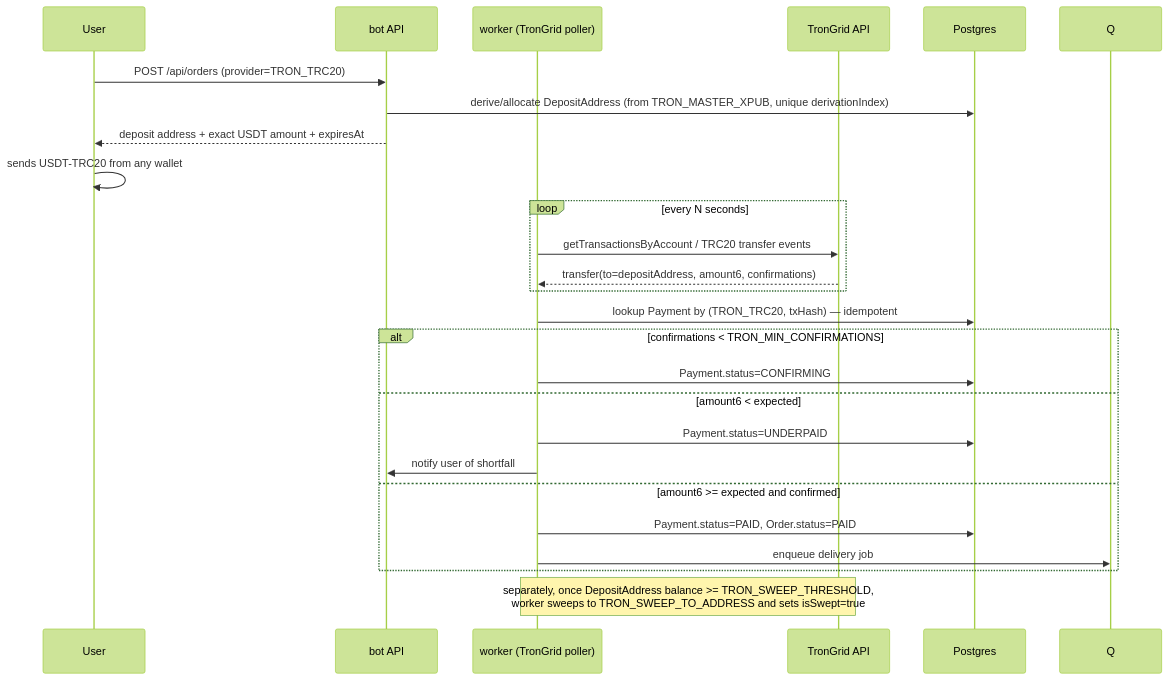
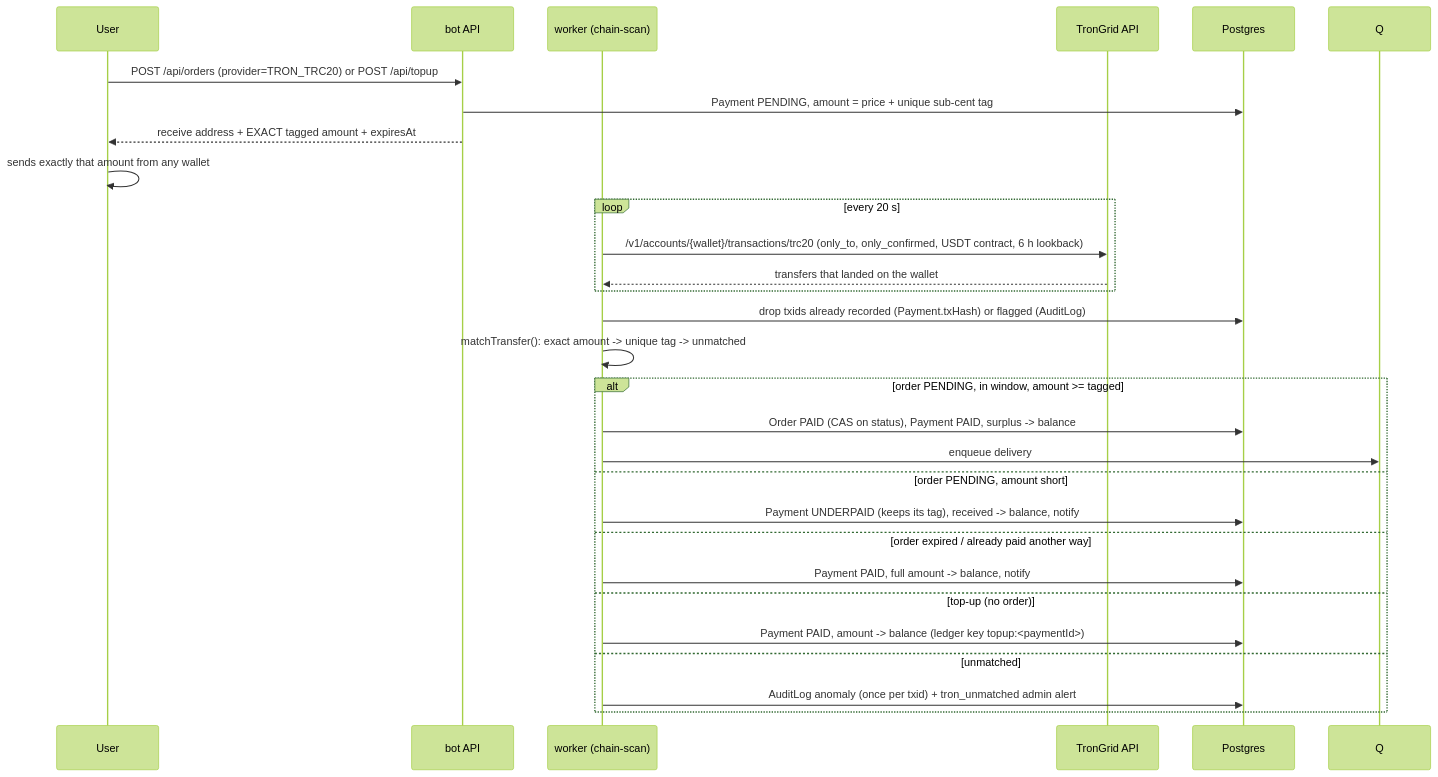
The fourth of 4 diagrams in docs/PAYMENTS.md (PubgmHacker/tgshop), drawn with Mermaid (forest theme) before and after one commit. The commit also changed other lines of this file and 54 other files, not shown here.

First line of the commit message:
feat(tron): static owner wallet with per-invoice amount tags, drop xpub/hot-key sweep

````diff
--- a/docs/PAYMENTS.md
+++ b/docs/PAYMENTS.md
@@ -112,28 +126,31 @@
 ```mermaid
 sequenceDiagram
     participant U as User
     participant B as bot API
-    participant W as worker (TronGrid poller)
+    participant W as worker (chain-scan)
     participant TG as TronGrid API
     participant DB as Postgres
 
-    U->>B: POST /api/orders (provider=TRON_TRC20)
-    B->>DB: derive/allocate DepositAddress (from TRON_MASTER_XPUB, unique derivationIndex)
-    B-->>U: deposit address + exact USDT amount + expiresAt
-    U->>U: sends USDT-TRC20 from any wallet
-    loop every N seconds
-        W->>TG: getTransactionsByAccount / TRC20 transfer events
-        TG-->>W: transfer(to=depositAddress, amount6, confirmations)
+    U->>B: POST /api/orders (provider=TRON_TRC20) or POST /api/topup
+    B->>DB: Payment PENDING, amount = price + unique sub-cent tag
+    B-->>U: receive address + EXACT tagged amount + expiresAt
+    U->>U: sends exactly that amount from any wallet
+    loop every 20 s
+        W->>TG: /v1/accounts/{wallet}/transactions/trc20 (only_to, only_confirmed, USDT contract, 6 h lookback)
+        TG-->>W: transfers that landed on the wallet
     end
-    W->>DB: lookup Payment by (TRON_TRC20, txHash) — idempotent
-    alt confirmations < TRON_MIN_CONFIRMATIONS
-        W->>DB: Payment.status=CONFIRMING
-    else amount6 < expected
-        W->>DB: Payment.status=UNDERPAID
-        W->>B: notify user of shortfall
-    else amount6 >= expected and confirmed
-        W->>DB: Payment.status=PAID, Order.status=PAID
-        W->>Q: enqueue delivery job
+    W->>DB: drop txids already recorded (Payment.txHash) or flagged (AuditLog)
+    W->>W: matchTransfer(): exact amount -> unique tag -> unmatched
+    alt order PENDING, in window, amount >= tagged
+        W->>DB: Order PAID (CAS on status), Payment PAID, surplus -> balance
+        W->>Q: enqueue delivery
+    else order PENDING, amount short
+        W->>DB: Payment UNDERPAID (keeps its tag), received -> balance, notify
+    else order expired / already paid another way
+        W->>DB: Payment PAID, full amount -> balance, notify
+    else top-up (no order)
+        W->>DB: Payment PAID, amount -> balance (ledger key topup:<paymentId>)
+    else unmatched
+        W->>DB: AuditLog anomaly (once per txid) + tron_unmatched admin alert
     end
-    Note over W,TG: separately, once DepositAddress balance >= TRON_SWEEP_THRESHOLD,<br/>worker sweeps to TRON_SWEEP_TO_ADDRESS and sets isSwept=true
 ```
````
